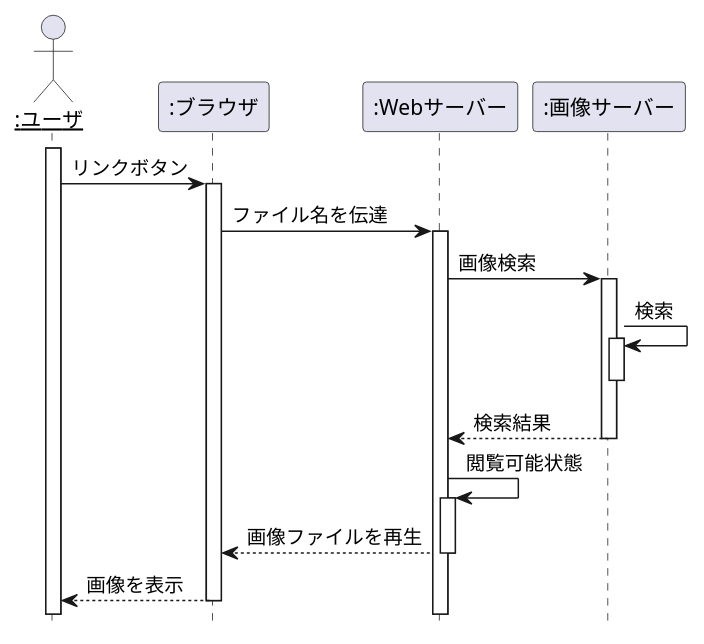
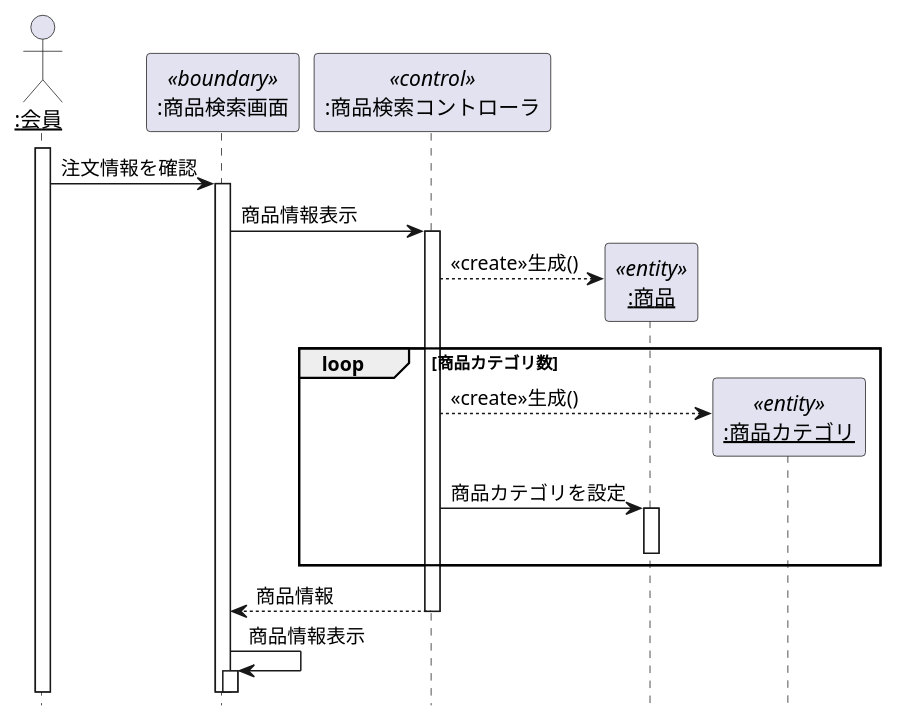
One commit to tsrnaoya/UML_intro_2 changed the diagram in 演習4-6_SD_Web画像検索.pu. Above: the diagram before and after it, drawn with PlantUML. The commit also changed other lines of this file, not shown here.

Commit message:
更新

```diff
--- a/演習4-6_SD_Web画像検索.pu
+++ b/演習4-6_SD_Web画像検索.pu
@@ -1,25 +1,24 @@
-@startuml 演習4-6_SD_Web画像検索
+@startuml 演習４－６
 hide footbox
-Actor "<u>:ユーザ</u>" as user
-participant ":ブラウザ" as browser
-participant ":Webサーバー" as webserver
-participant ":画像サーバー" as imgserver
-activate user
-    user -> browser:リンクボタン
-    activate browser
-        browser -> webserver:ファイル名を伝達
-            activate webserver
-            webserver -> imgserver:画像検索
-            activate imgserver
-            imgserver -> imgserver:検索
-            activate imgserver
-            deactivate imgserver
-            webserver <-- imgserver:検索結果
-            deactivate imgserver
-            webserver -> webserver:閲覧可能状態
-            activate webserver
-            browser <-- webserver:画像ファイルを再生
-            deactivate webserver
-    user <-- browser:画像を表示
-    deactivate browser
-@enduml
+Actor "<u>:会員</u>" as member
+participant ":商品検索画面" as search <<boundary>>
+participant ":商品検索コントローラ" as control  <<control>>
+activate member
+    member -> search:注文情報を確認
+    activate search
+        search -> control:商品情報表示
+        activate control
+            create "<u>:商品</u>" as goods <<entity>>
+            control --> goods:<<create>>生成()
+            create "<u>:商品カテゴリ</u>" as category <<entity>>
+            loop 商品カテゴリ数
+            control --> category:<<create>>生成()
+            control -> goods:商品カテゴリを設定
+            activate goods
+            deactivate goods
+            end
+            search <-- control:商品情報
+            deactivate control
+            search -> search:商品情報表示
+            activate search
+@enduml 
```
